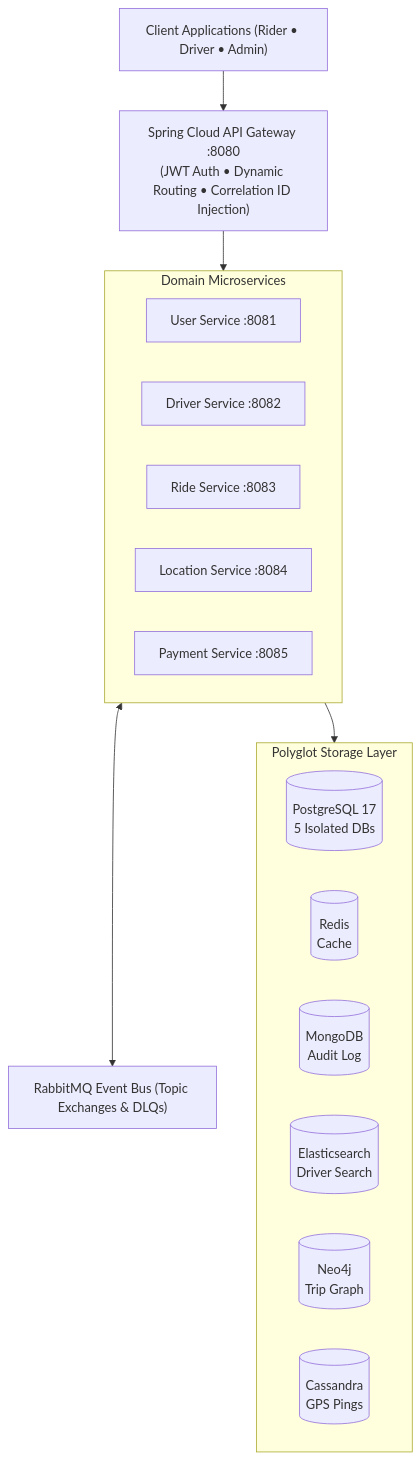
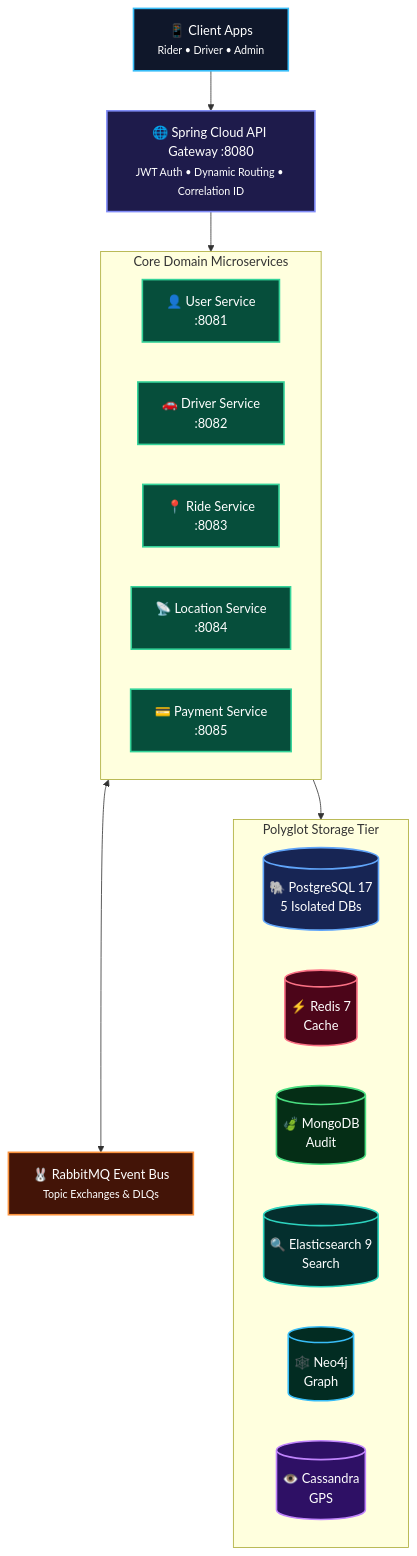
The first of 3 diagrams in README.md (Basyo2003/10-RandomUnion-Uber), drawn with Mermaid before and after one commit. The commit also changed other lines of this file, not shown here.

````diff
--- a/README.md
+++ b/README.md
@@ -23,29 +23,40 @@
 ```mermaid
 flowchart TD
-    Clients["Client Applications (Rider • Driver • Admin)"]
-    Gateway["Spring Cloud API Gateway :8080<br/>(JWT Auth • Dynamic Routing • Correlation ID Injection)"]
+    classDef clientStyle fill:#0f172a,stroke:#38bdf8,stroke-width:2px,color:#ffffff;
+    classDef gatewayStyle fill:#1e1b4b,stroke:#818cf8,stroke-width:2px,color:#ffffff;
+    classDef serviceStyle fill:#064e3b,stroke:#34d399,stroke-width:2px,color:#ffffff;
+    classDef brokerStyle fill:#431407,stroke:#fb923c,stroke-width:2px,color:#ffffff;
+    classDef pgStyle fill:#172554,stroke:#60a5fa,stroke-width:2px,color:#ffffff;
+    classDef redisStyle fill:#4c0519,stroke:#fb7185,stroke-width:2px,color:#ffffff;
+    classDef mongoStyle fill:#052e16,stroke:#4ade80,stroke-width:2px,color:#ffffff;
+    classDef esStyle fill:#042f2e,stroke:#2dd4bf,stroke-width:2px,color:#ffffff;
+    classDef neoStyle fill:#022c22,stroke:#38bdf8,stroke-width:2px,color:#ffffff;
+    classDef casStyle fill:#2e1065,stroke:#c084fc,stroke-width:2px,color:#ffffff;
 
-    subgraph Services ["Domain Microservices"]
-        User["User Service :8081"]
-        Driver["Driver Service :8082"]
-        Ride["Ride Service :8083"]
-        Loc["Location Service :8084"]
-        Pay["Payment Service :8085"]
+    Clients["📱 Client Apps<br/><small>Rider • Driver • Admin</small>"]:::clientStyle
+    Gateway["🌐 Spring Cloud API Gateway :8080<br/><small>JWT Auth • Dynamic Routing • Correlation ID</small>"]:::gatewayStyle
+
+    subgraph Services ["Core Domain Microservices"]
+        User["👤 User Service<br/>:8081"]:::serviceStyle
+        Driver["🚗 Driver Service<br/>:8082"]:::serviceStyle
+        Ride["📍 Ride Service<br/>:8083"]:::serviceStyle
+        Loc["📡 Location Service<br/>:8084"]:::serviceStyle
+        Pay["💳 Payment Service<br/>:8085"]:::serviceStyle
     end
 
-    Broker["RabbitMQ Event Bus (Topic Exchanges & DLQs)"]
+    Broker["🐰 RabbitMQ Event Bus<br/><small>Topic Exchanges & DLQs</small>"]:::brokerStyle
 
-    subgraph Storage ["Polyglot Storage Layer"]
-        PG[("PostgreSQL 17<br/>5 Isolated DBs")]
-        Redis[("Redis<br/>Cache")]
-        Mongo[("MongoDB<br/>Audit Log")]
-        ES[("Elasticsearch<br/>Driver Search")]
-        Neo4j[("Neo4j<br/>Trip Graph")]
-        Cassandra[("Cassandra<br/>GPS Pings")]
+    subgraph Storage ["Polyglot Storage Tier"]
+        PG[("🐘 PostgreSQL 17<br/>5 Isolated DBs")]:::pgStyle
+        Redis[("⚡ Redis 7<br/>Cache")]:::redisStyle
+        Mongo[("🍃 MongoDB<br/>Audit")]:::mongoStyle
+        ES[("🔍 Elasticsearch 9<br/>Search")]:::esStyle
+        Neo4j[("🕸️ Neo4j<br/>Graph")]:::neoStyle
+        Cassandra[("👁️ Cassandra<br/>GPS")]:::casStyle
     end
 
     Clients --> Gateway
     Gateway --> Services
     Services <--> Broker
     Services --> Storage
 ```
````
